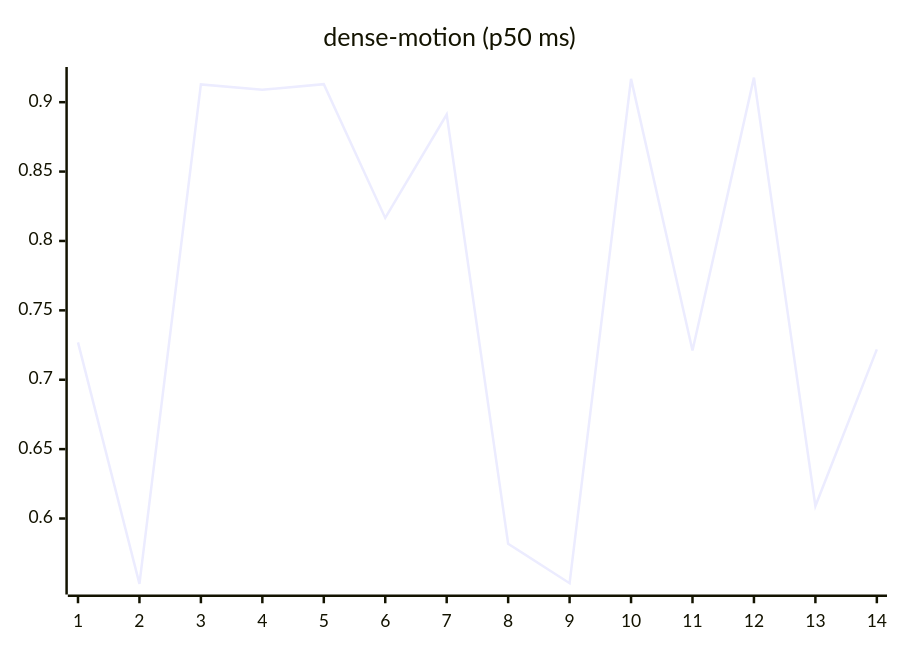
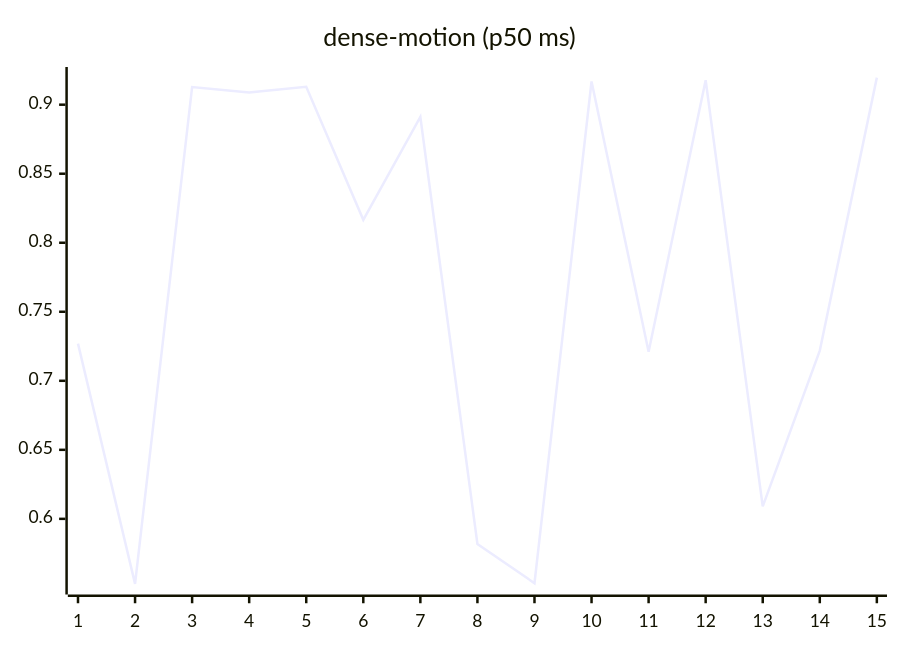
Before and after one commit to josha/Facet: the ninth of 27 diagrams in README.md, drawn with Mermaid. The commit also changed other lines of this file and 2 other files, not shown here.

````diff
--- a/README.md
+++ b/README.md
@@ -119,6 +119,6 @@
 ```mermaid
 xychart-beta
     title "dense-motion (p50 ms)"
-    x-axis 1 --> 14
-    line [0.7269, 0.5529, 0.9128, 0.9089, 0.9130, 0.8166, 0.8911, 0.5818, 0.5534, 0.9168, 0.7211, 0.9177, 0.6090, 0.7219]
+    x-axis 1 --> 15
+    line [0.7269, 0.5529, 0.9128, 0.9089, 0.9130, 0.8166, 0.8911, 0.5818, 0.5534, 0.9168, 0.7211, 0.9177, 0.6090, 0.7219, 0.9196]
 ```
````
